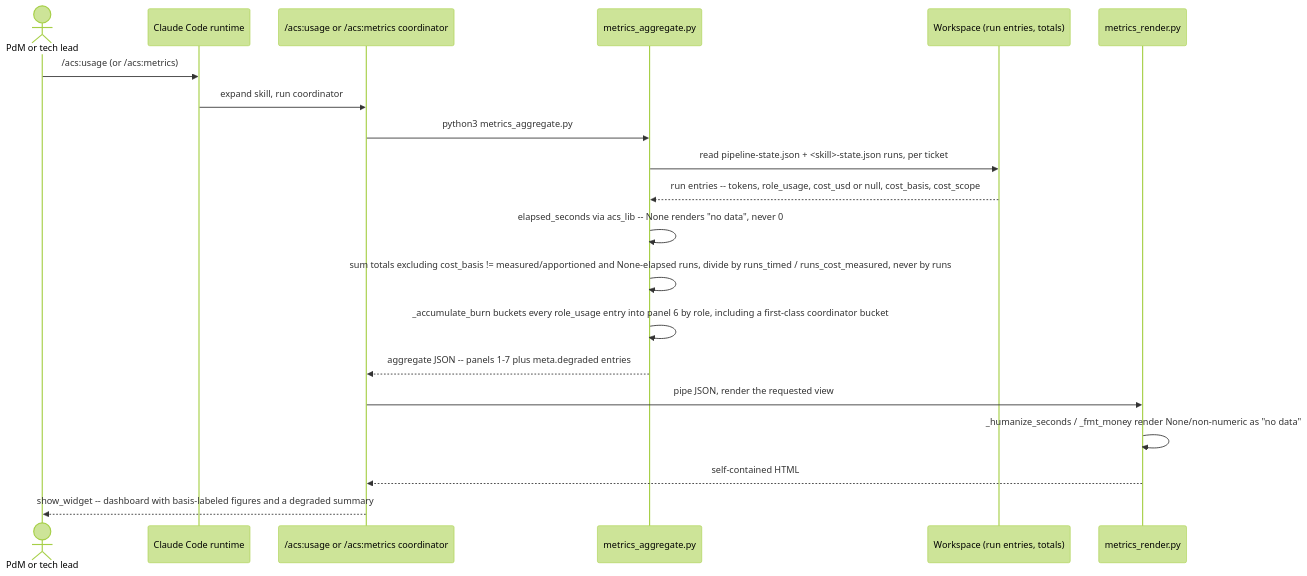
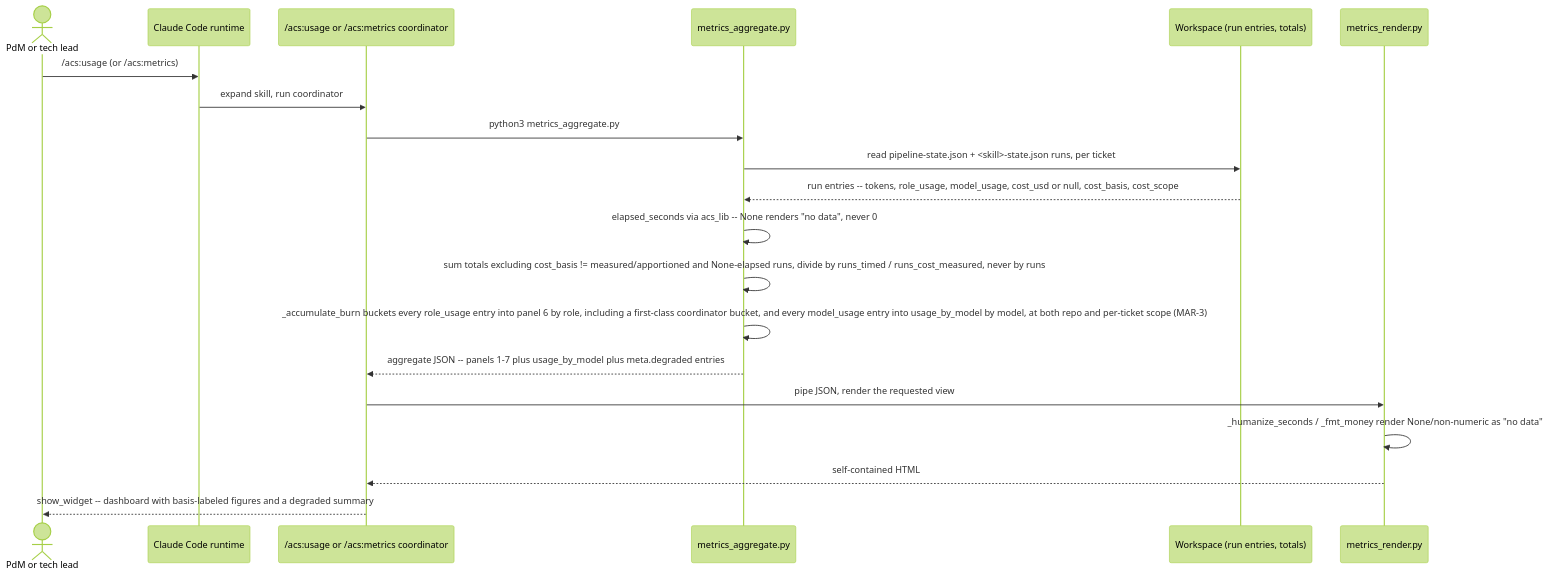
The second of 2 diagrams in docs/architecture/lld/flows/acs-cost-metering.md (globalmindsolution/gms-marketplace), drawn with Mermaid (forest theme) before and after one commit. The commit also changed other lines of this file and 22 other files, not shown here.

Commit message:
[#388] Per-model token/cost breakdown for /acs:usage (#393)

````diff
--- a/docs/architecture/lld/flows/acs-cost-metering.md
+++ b/docs/architecture/lld/flows/acs-cost-metering.md
@@ -87,23 +88,23 @@
 ```mermaid
 sequenceDiagram
     actor PM as PdM or tech lead
     participant CC as Claude Code runtime
     participant Usage as /acs:usage or /acs:metrics coordinator
     participant Agg as metrics_aggregate.py
     participant WS as Workspace (run entries, totals)
     participant Render as metrics_render.py
 
     PM->>CC: /acs:usage (or /acs:metrics)
     CC->>Usage: expand skill, run coordinator
     Usage->>Agg: python3 metrics_aggregate.py
     Agg->>WS: read pipeline-state.json + <skill>-state.json runs, per ticket
-    WS-->>Agg: run entries -- tokens, role_usage, cost_usd or null, cost_basis, cost_scope
+    WS-->>Agg: run entries -- tokens, role_usage, model_usage, cost_usd or null, cost_basis, cost_scope
     Agg->>Agg: elapsed_seconds via acs_lib -- None renders "no data", never 0
     Agg->>Agg: sum totals excluding cost_basis != measured/apportioned and None-elapsed runs, divide by runs_timed / runs_cost_measured, never by runs
-    Agg->>Agg: _accumulate_burn buckets every role_usage entry into panel 6 by role, including a first-class coordinator bucket
-    Agg-->>Usage: aggregate JSON -- panels 1-7 plus meta.degraded entries
+    Agg->>Agg: _accumulate_burn buckets every role_usage entry into panel 6 by role, including a first-class coordinator bucket, and every model_usage entry into usage_by_model by model, at both repo and per-ticket scope (MAR-3)
+    Agg-->>Usage: aggregate JSON -- panels 1-7 plus usage_by_model plus meta.degraded entries
     Usage->>Render: pipe JSON, render the requested view
     Render->>Render: _humanize_seconds / _fmt_money render None/non-numeric as "no data"
     Render-->>Usage: self-contained HTML
     Usage-->>PM: show_widget -- dashboard with basis-labeled figures and a degraded summary
 ```
````
